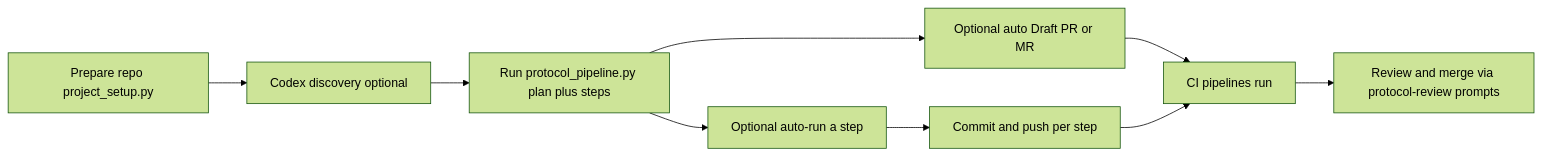
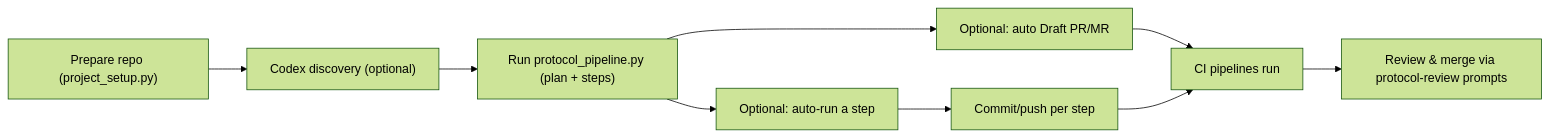
One commit to SergeySdv/dev-pipeline changed the second of 2 diagrams in README.md. Above: the diagram before and after it, drawn with Mermaid (forest theme). The commit also changed other lines of this file, not shown here.

Commit message:
docs: fix mermaid syntax for GitHub rendering

````diff
--- a/README.md
+++ b/README.md
@@ -78,11 +65,11 @@
 ```mermaid
-flowchart LR;
-  A[Prepare repo project_setup.py] --> B[Codex discovery optional];
-  B --> C[Run protocol_pipeline.py plan plus steps];
-  C --> D[Optional auto Draft PR or MR];
-  C --> E[Optional auto-run a step];
-  D --> F[CI pipelines run];
-  E --> G[Commit and push per step];
-  G --> F;
-  F --> H[Review and merge via protocol-review prompts];
+flowchart LR
+  A["Prepare repo (project_setup.py)"] --> B["Codex discovery (optional)"]
+  B --> C["Run protocol_pipeline.py (plan + steps)"]
+  C --> D["Optional: auto Draft PR/MR"]
+  C --> E["Optional: auto-run a step"]
+  D --> F["CI pipelines run"]
+  E --> G["Commit/push per step"]
+  G --> F
+  F --> H["Review & merge via protocol-review prompts"]
 ```
````
